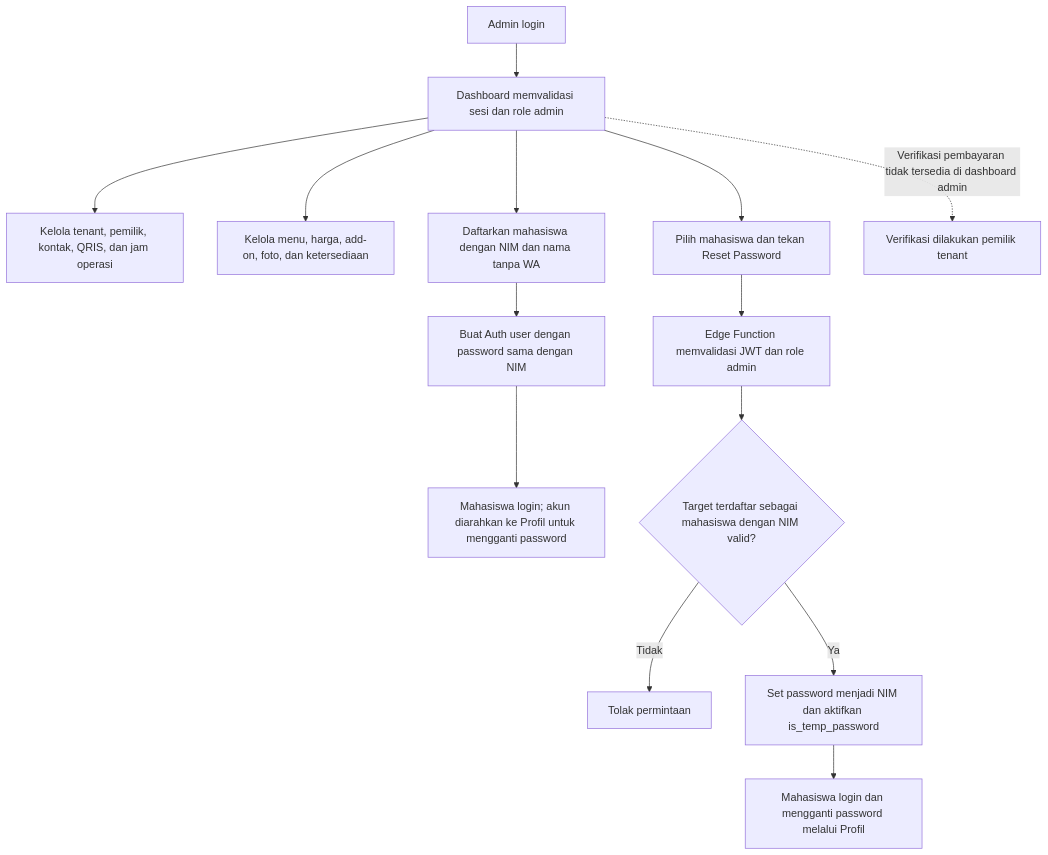
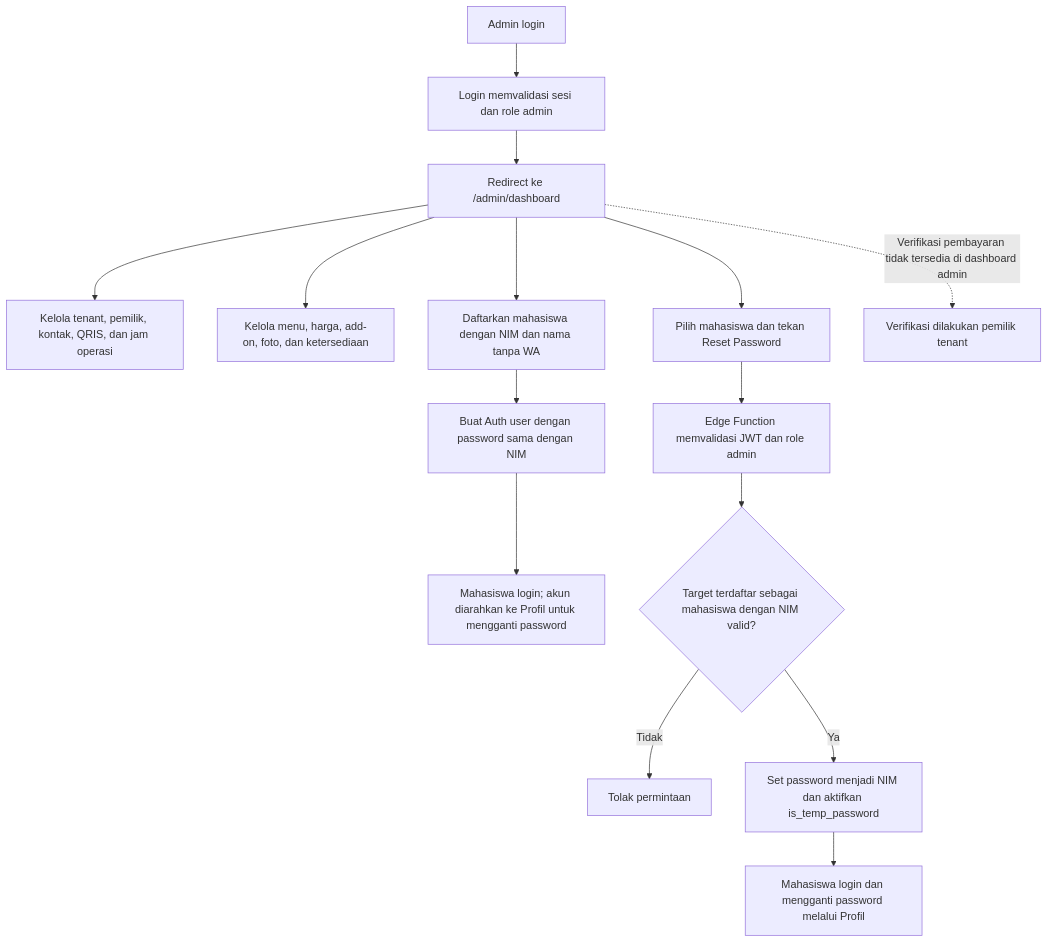
The fifth of 8 diagrams in FLOWCHART.md (nandayudhistirawibowo/SiKantin), drawn with Mermaid before and after one commit. The commit also changed other lines of this file and 24 other files, not shown here.

````diff
--- a/FLOWCHART.md
+++ b/FLOWCHART.md
@@ -110,16 +118,17 @@
 ```mermaid
 flowchart TD
-    A[Admin login] --> B[Dashboard memvalidasi sesi dan role admin]
-    B --> C[Kelola tenant, pemilik, kontak, QRIS, dan jam operasi]
-    B --> D[Kelola menu, harga, add-on, foto, dan ketersediaan]
-    B --> E[Daftarkan mahasiswa dengan NIM dan nama tanpa WA]
+    A[Admin login] --> B[Login memvalidasi sesi dan role admin]
+    B --> B1[Redirect ke /admin/dashboard]
+    B1 --> C[Kelola tenant, pemilik, kontak, QRIS, dan jam operasi]
+    B1 --> D[Kelola menu, harga, add-on, foto, dan ketersediaan]
+    B1 --> E[Daftarkan mahasiswa dengan NIM dan nama tanpa WA]
     E --> F[Buat Auth user dengan password sama dengan NIM]
     F --> G[Mahasiswa login; akun diarahkan ke Profil untuk mengganti password]
-    B --> H[Pilih mahasiswa dan tekan Reset Password]
+    B1 --> H[Pilih mahasiswa dan tekan Reset Password]
     H --> I[Edge Function memvalidasi JWT dan role admin]
     I --> J{Target terdaftar sebagai mahasiswa dengan NIM valid?}
     J -- Tidak --> K[Tolak permintaan]
     J -- Ya --> L[Set password menjadi NIM dan aktifkan is_temp_password]
     L --> M[Mahasiswa login dan mengganti password melalui Profil]
-    B -. Verifikasi pembayaran tidak tersedia di dashboard admin .-> N[Verifikasi dilakukan pemilik tenant]
+    B1 -. Verifikasi pembayaran tidak tersedia di dashboard admin .-> N[Verifikasi dilakukan pemilik tenant]
 ```
````
